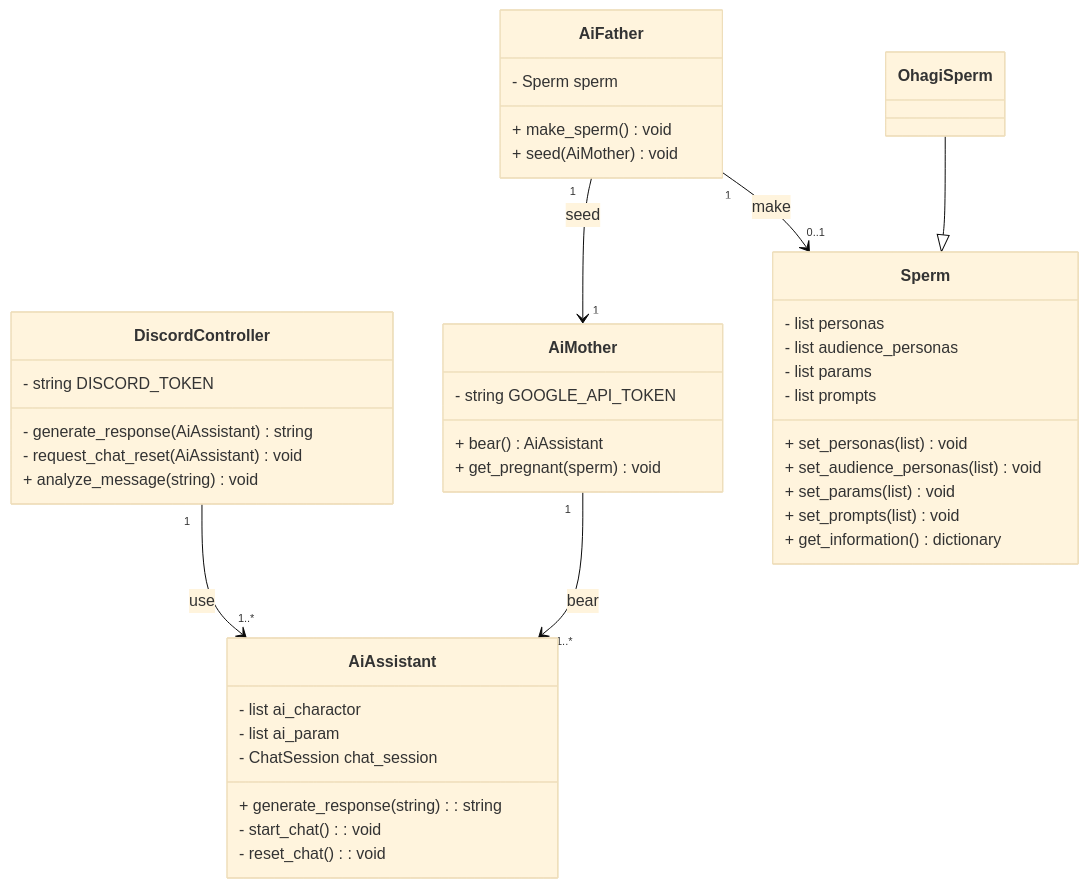
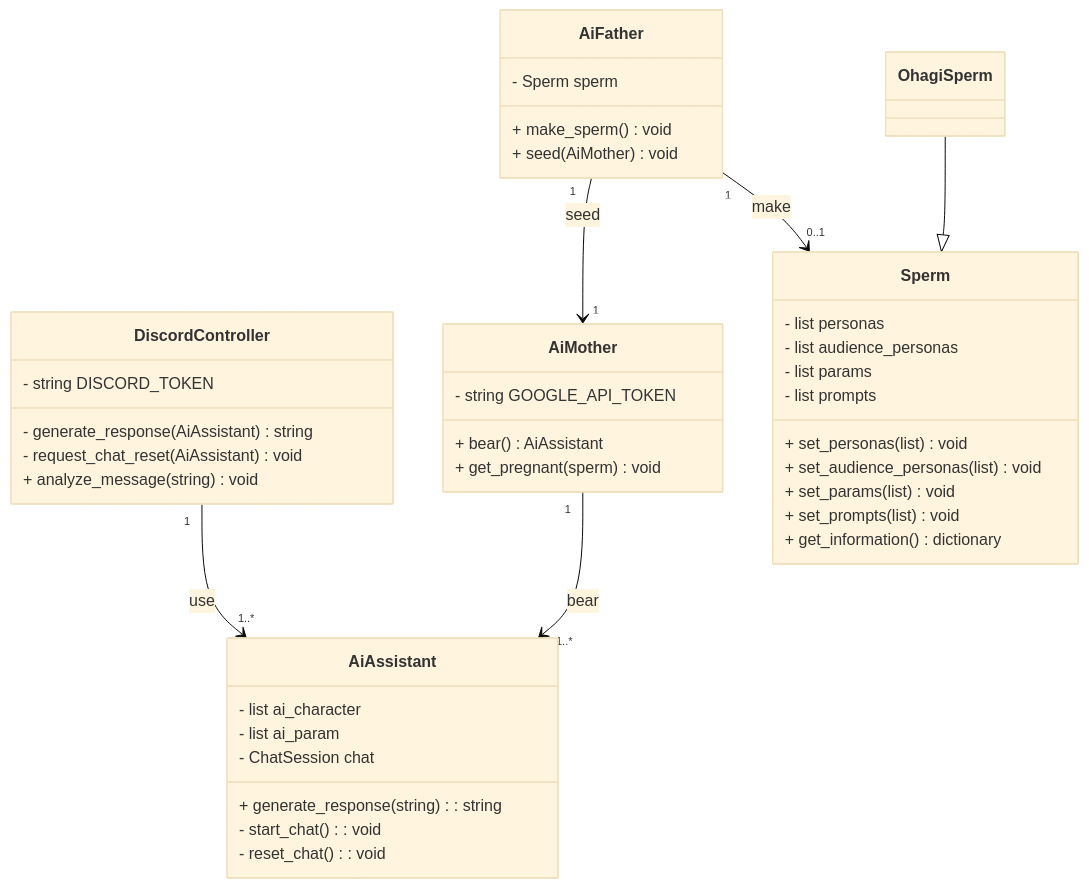
One commit to nekonisi/discord_bot changed the diagram in README.md. Above: the diagram before and after it, drawn with Mermaid (base theme). The commit also changed other lines of this file and 5 other files, not shown here.

````diff
--- a/README.md
+++ b/README.md
@@ -3,48 +3,48 @@
 ```mermaid
 classDiagram
     class DiscordController {
         - string DISCORD_TOKEN
         - generate_response(AiAssistant) string
         - request_chat_reset(AiAssistant) void
         + analyze_message(string) void
     }
 
     class AiAssistant {
-        - list ai_charactor
+        - list ai_character
         - list ai_param
-        - ChatSession chat_session
+        - ChatSession chat
         + generate_response(string): string
         - start_chat(): void
         - reset_chat(): void
     }
 
     class AiMother {
         - string GOOGLE_API_TOKEN
         + bear() AiAssistant
         + get_pregnant(sperm) void
     }
 
     class AiFather {
         - Sperm sperm
        + make_sperm() void
        + seed(AiMother) void
     }
 
     class Sperm {
         - list personas
         - list audience_personas
         - list params
         - list prompts
         + set_personas(list) void
         + set_audience_personas(list<string>) void
         + set_params(list) void
         + set_prompts(list) void
         + get_information() dictionary
     }
 
 DiscordController "1"-->"1..*" AiAssistant: use
 AiMother "1"-->"1..*"AiAssistant : bear
 AiFather "1"-->"1"AiMother : seed
 AiFather "1"-->"0..1"Sperm : make
 OhagiSperm --|> Sperm
 ```
````
